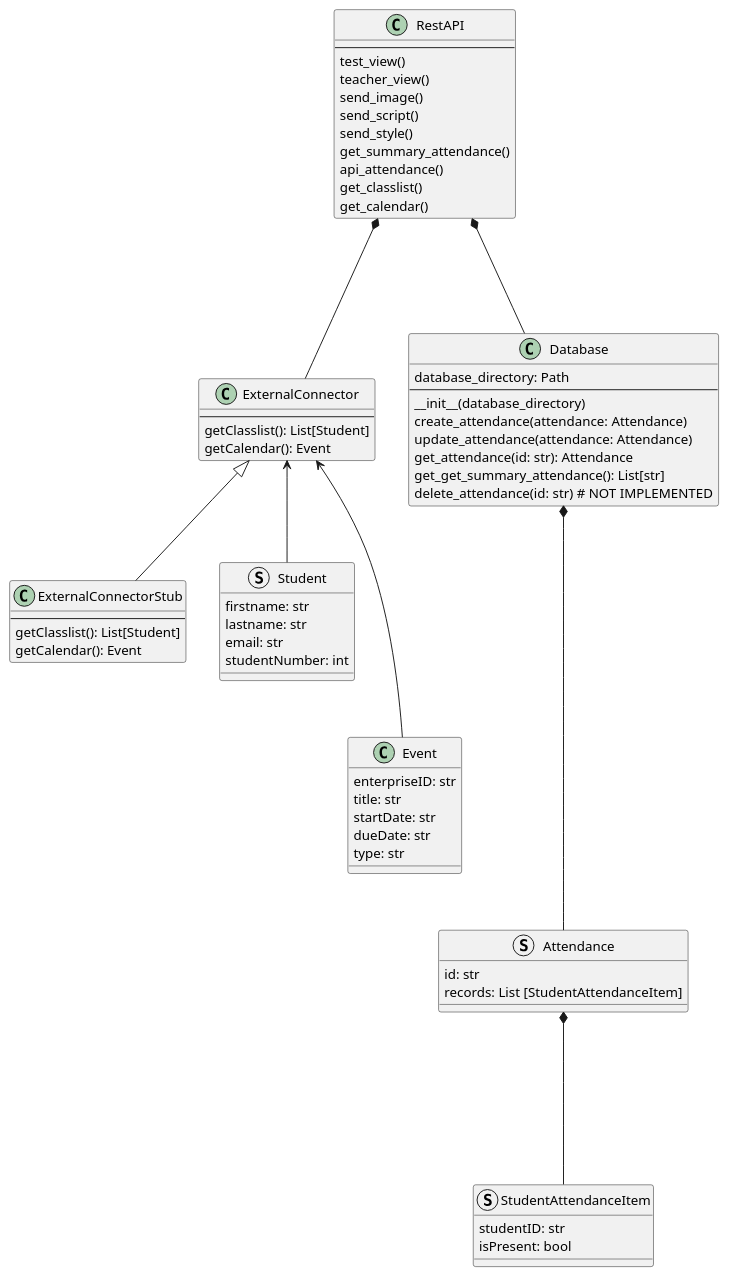
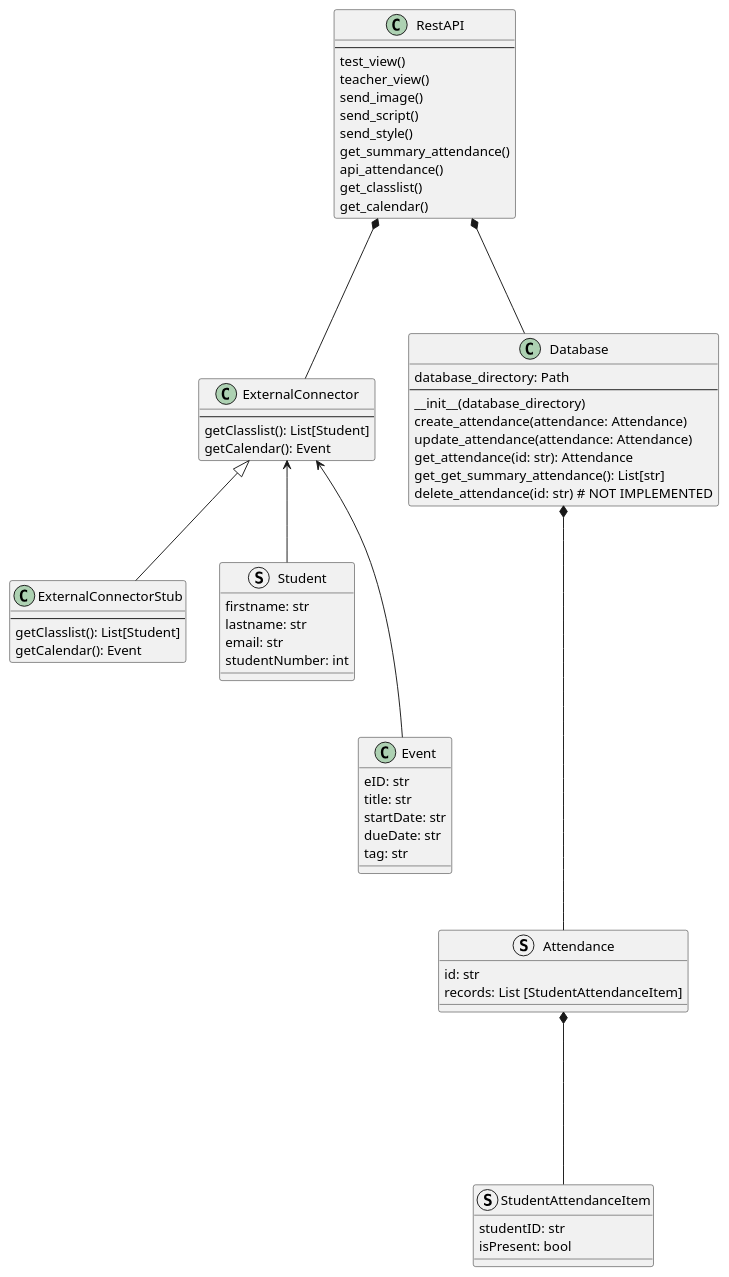
The diagram in design/class-diagram.puml (ehharvey/Attendance), drawn with PlantUML before and after one commit. The commit also changed 1 other file, not shown here.

```diff
--- a/design/class-diagram.puml
+++ b/design/class-diagram.puml
@@ -1,70 +1,70 @@
 @startuml
 class RestAPI {
 ---
 test_view()
 teacher_view()
 send_image()
 send_script()
 send_style()
 get_summary_attendance()
 api_attendance()
 get_classlist()
 get_calendar()
 }
 
 class ExternalConnector {
 ---
 getClasslist(): List[Student]
 getCalendar(): Event
 }
 
 class ExternalConnectorStub {
 ---
 getClasslist(): List[Student]
 getCalendar(): Event
 }
 
 class Database {
 database_directory: Path
 ----
 __init__(database_directory)
 create_attendance(attendance: Attendance)
 update_attendance(attendance: Attendance)
 get_attendance(id: str): Attendance
 get_get_summary_attendance(): List[str]
 delete_attendance(id: str) # NOT IMPLEMENTED
 }
 
 struct Student {
     firstname: str
     lastname: str
     email: str
     studentNumber: int
 }
 
 class Event {
-    enterpriseID: str
+    eID: str
     title: str
     startDate: str
     dueDate: str
-    type: str
+    tag: str
 }
 
 struct Attendance {
 id: str
 records: List [StudentAttendanceItem]
 }
 
 struct StudentAttendanceItem {
 studentID: str
 isPresent: bool
 }
 
 RestAPI *--- Database
 RestAPI *--- ExternalConnector
 Database   *---- Attendance
 Attendance *---- StudentAttendanceItem
 ExternalConnector <--- Event
 ExternalConnector <-- Student
 ExternalConnector <|-- ExternalConnectorStub
 @enduml
```
